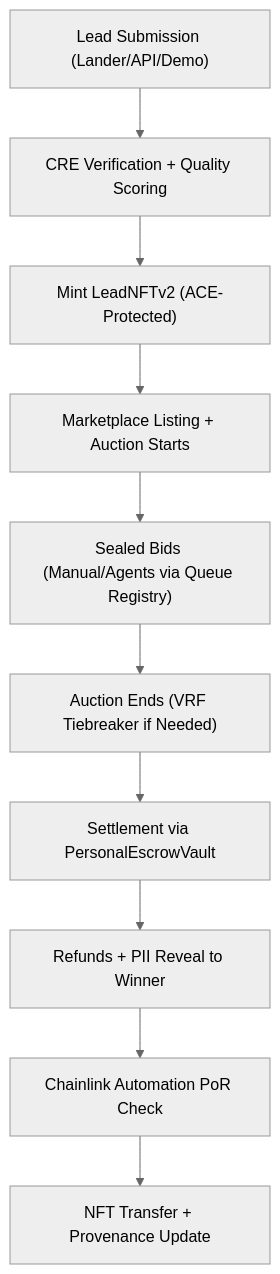
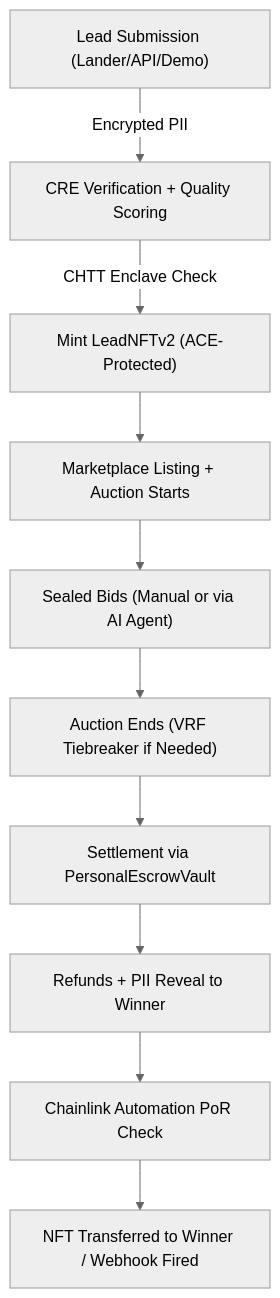
The diagram in README.md (bnmbnmai/lead-engine-cre), drawn with Mermaid (neutral theme) before and after one commit. The commit also changed other lines of this file, not shown here.

````diff
--- a/README.md
+++ b/README.md
@@ -33,12 +66,12 @@
 ```mermaid
 graph TD
-    A["Lead Submission (Lander/API/Demo)"] --> B["CRE Verification + Quality Scoring"]
-    B --> C["Mint LeadNFTv2 (ACE-Protected)"]
+    A["Lead Submission (Lander/API/Demo)"] -->|Encrypted PII| B["CRE Verification + Quality Scoring"]
+    B -->|CHTT Enclave Check| C["Mint LeadNFTv2 (ACE-Protected)"]
     C --> D["Marketplace Listing + Auction Starts"]
-    D --> E["Sealed Bids (Manual/Agents via Queue Registry)"]
+    D --> E["Sealed Bids (Manual or via AI Agent)"]
     E --> F["Auction Ends (VRF Tiebreaker if Needed)"]
     F --> G["Settlement via PersonalEscrowVault"]
     G --> H["Refunds + PII Reveal to Winner"]
     H --> I["Chainlink Automation PoR Check"]
-    I --> J["NFT Transfer + Provenance Update"]
+    I --> J["NFT Transferred to Winner / Webhook Fired"]
 ```
````
